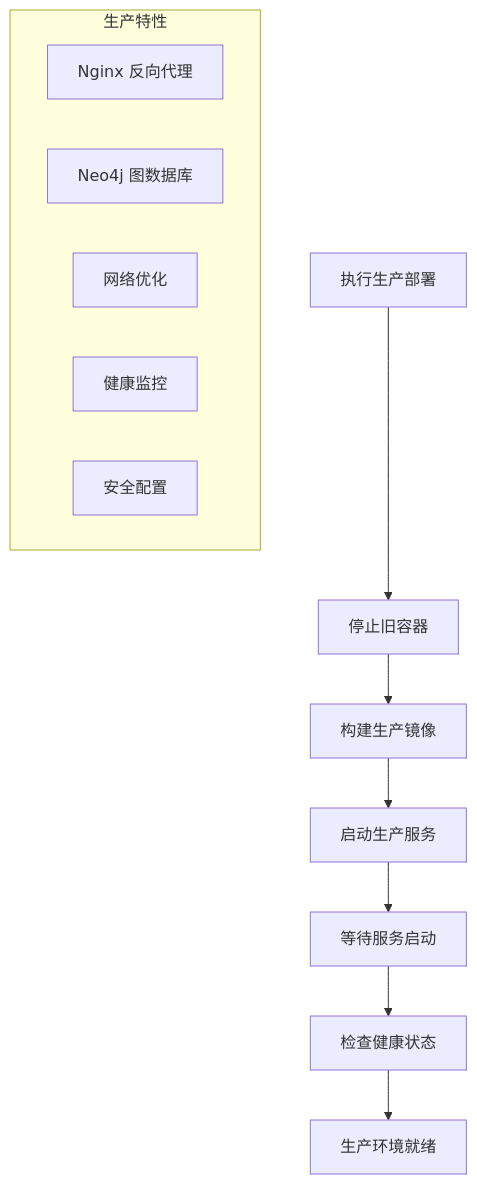
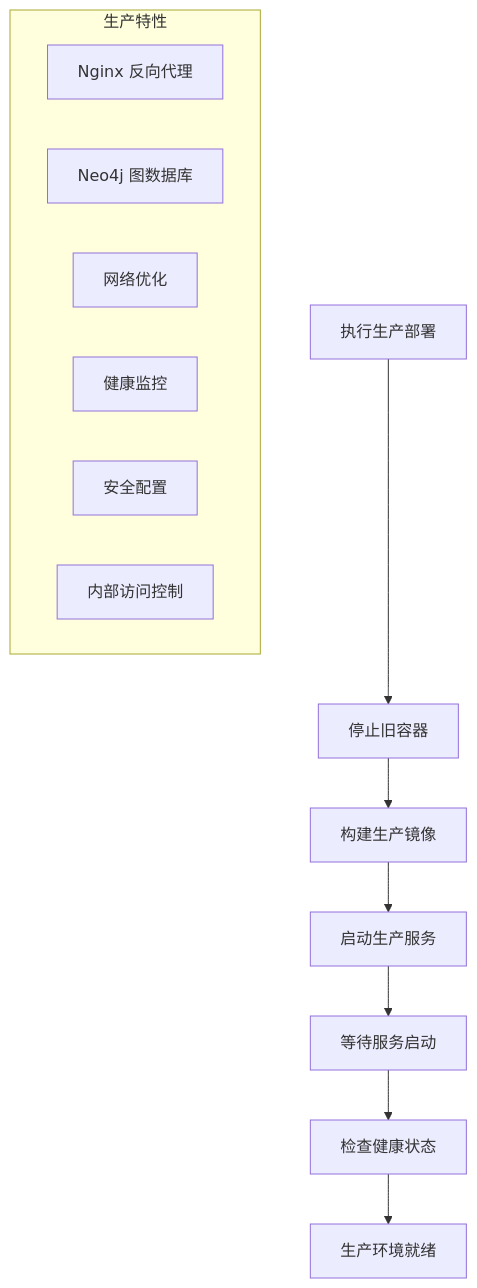
Diagram 16 of 21 in .qoder/repowiki/zh/content/Docker Deployment.md (xfbyxq/ai-novel-system), drawn with Mermaid before and after one commit. The commit also changed other lines of this file and 1 other file, not shown here.

````diff
--- a/.qoder/repowiki/zh/content/Docker Deployment.md
+++ b/.qoder/repowiki/zh/content/Docker Deployment.md
@@ -703,16 +721,17 @@
 ```mermaid
 flowchart TD
 START[执行生产部署] --> STOP_OLD[停止旧容器]
 STOP_OLD --> BUILD_IMAGES[构建生产镜像]
 BUILD_IMAGES --> START_SERVICES[启动生产服务]
 START_SERVICES --> WAIT[等待服务启动]
 WAIT --> CHECK_HEALTH[检查健康状态]
 CHECK_HEALTH --> PROD_READY[生产环境就绪]
 subgraph "生产特性"
 NGINX_PROXY[Nginx 反向代理]
 NEO4J_DATABASE[Neo4j 图数据库]
 NETWORK_OPTIMIZATION[网络优化]
 HEALTH_MONITORING[健康监控]
 SECURITY_CONFIG[安全配置]
+INTERNAL_ACCESS[内部访问控制]
 end
 ```
````
